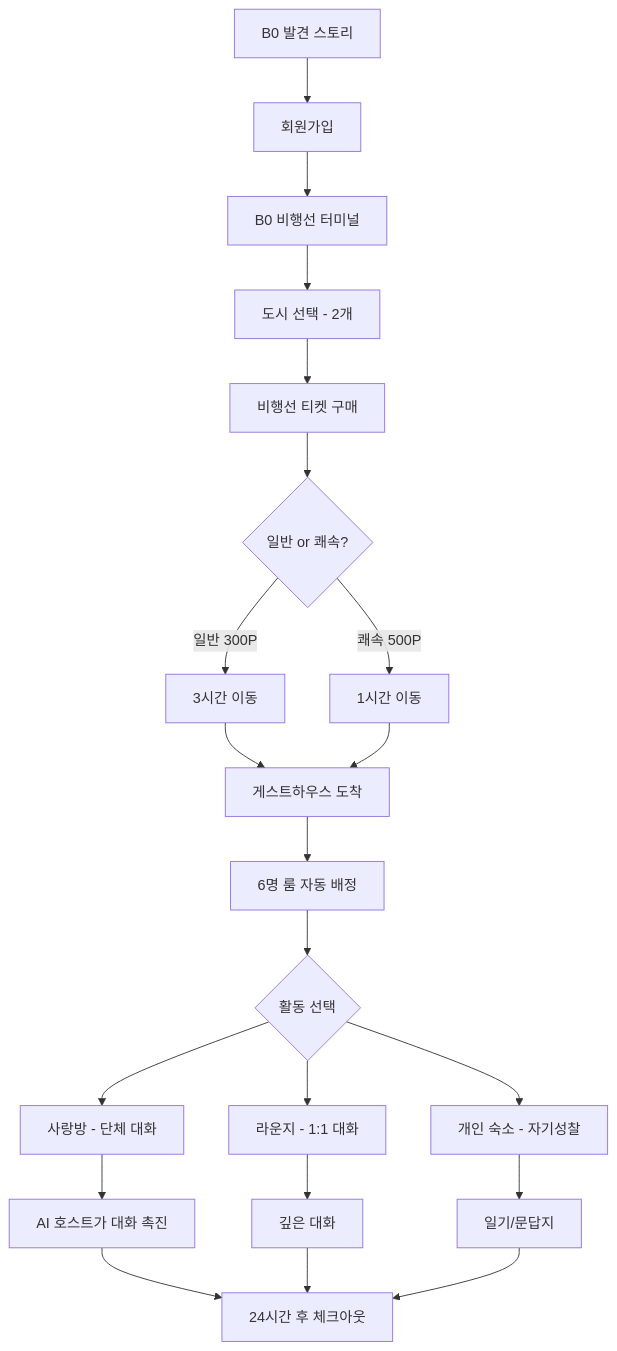
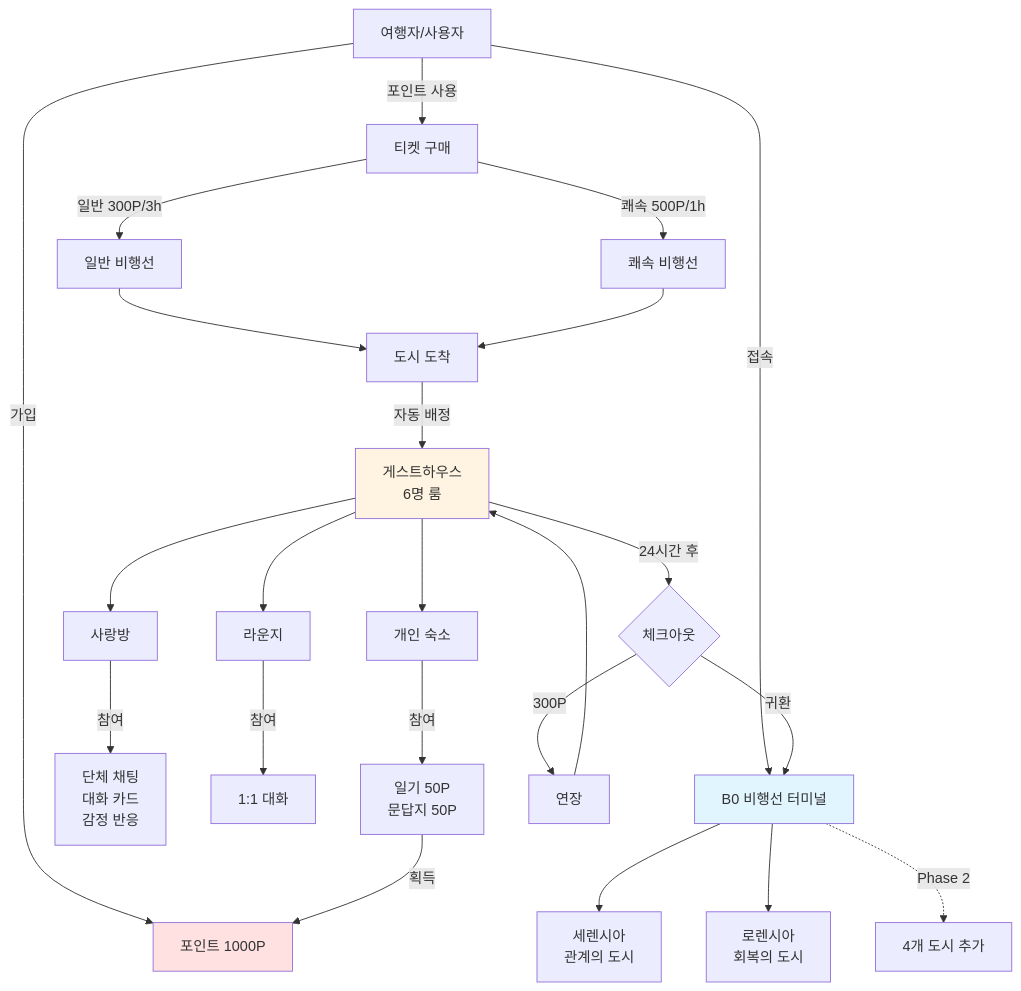
The first of 3 diagrams in docs/01-mvp.md (yuiyeong/bzero), drawn with Mermaid before and after one commit. The commit also changed other lines of this file and 1 other file, not shown here.

````diff
--- a/docs/01-mvp.md
+++ b/docs/01-mvp.md
@@ -14,23 +14,28 @@
 ```mermaid
-graph TD
-    A[B0 발견 스토리] --> B[회원가입]
-    B --> C[B0 비행선 터미널]
-    C --> D[도시 선택 - 2개]
-    D --> E[비행선 티켓 구매]
-    E --> F{일반 or 쾌속?}
-    F -->|일반 300P| G[3시간 이동]
-    F -->|쾌속 500P| H[1시간 이동]
-    G --> I[게스트하우스 도착]
-    H --> I
-    I --> J[6명 룸 자동 배정]
-    J --> K{활동 선택}
-    K --> L[사랑방 - 단체 대화]
-    K --> M[라운지 - 1:1 대화]
-    K --> N[개인 숙소 - 자기성찰]
-    L --> O[AI 호스트가 대화 촉진]
-    M --> P[깊은 대화]
-    N --> Q[일기/문답지]
-    O --> R[24시간 후 체크아웃]
-    P --> R
-    Q --> R
+graph TB
+    User[여행자/사용자] -->|가입| Points[포인트 1000P]
+    User -->|접속| B0[B0 비행선 터미널]
+    B0 --> City1[세렌시아<br/>관계의 도시]
+    B0 --> City2[로렌시아<br/>회복의 도시]
+    B0 -.->|Phase 2| City3[4개 도시 추가]
+    User -->|포인트 사용| Ticket[티켓 구매]
+    Ticket -->|일반 300P/3h| AirshipA[일반 비행선]
+    Ticket -->|쾌속 500P/1h| AirshipB[쾌속 비행선]
+    AirshipA --> Arrive[도시 도착]
+    AirshipB --> Arrive
+    Arrive -->|자동 배정| GH[게스트하우스<br/>6명 룸]
+    GH --> Space1[사랑방]
+    GH --> Space2[라운지]
+    GH --> Space3[개인 숙소]
+    Space1 -->|참여| Activity1[단체 채팅<br/>대화 카드<br/>감정 반응]
+    Space2 -->|참여| Activity2[1:1 대화]
+    Space3 -->|참여| Activity3[일기 50P<br/>문답지 50P]
+    Activity3 -->|획득| Points
+    GH -->|24시간 후| Checkout{체크아웃}
+    Checkout -->|300P| Extend[연장]
+    Checkout -->|귀환| B0
+    Extend --> GH
+    style B0 fill: #e1f5ff
+    style GH fill: #fff4e1
+    style Points fill: #ffe1e1
 ```
````
